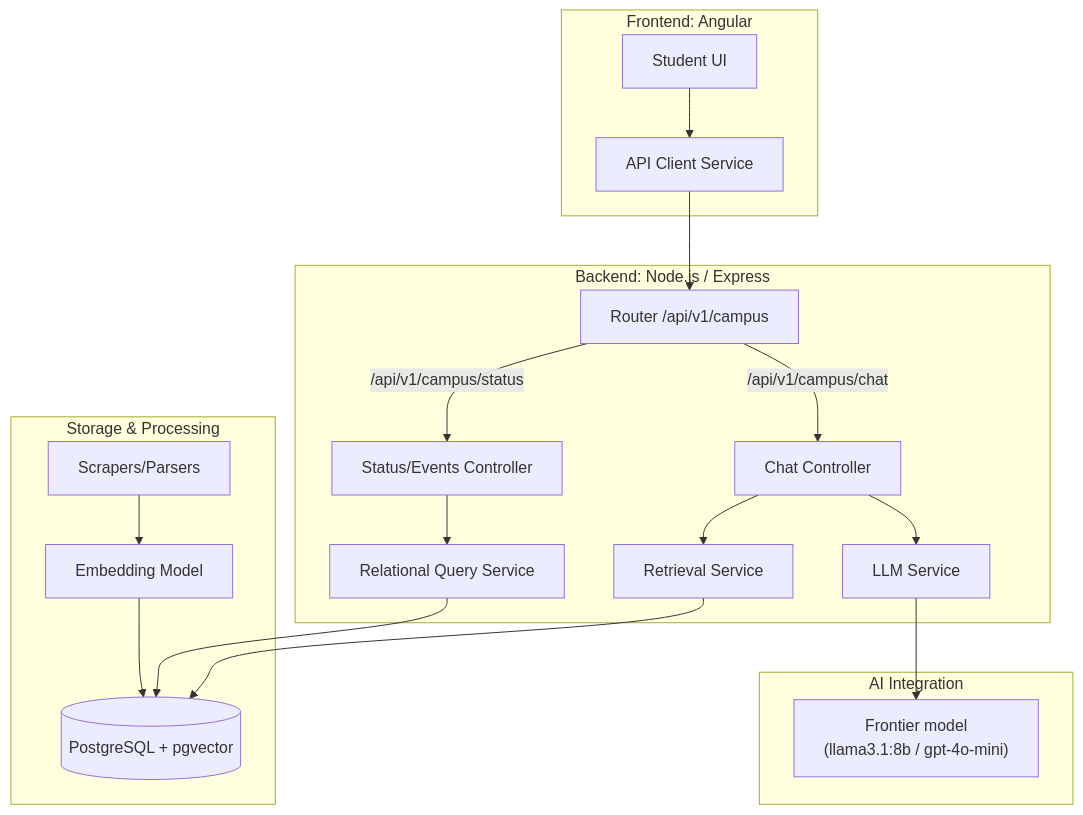
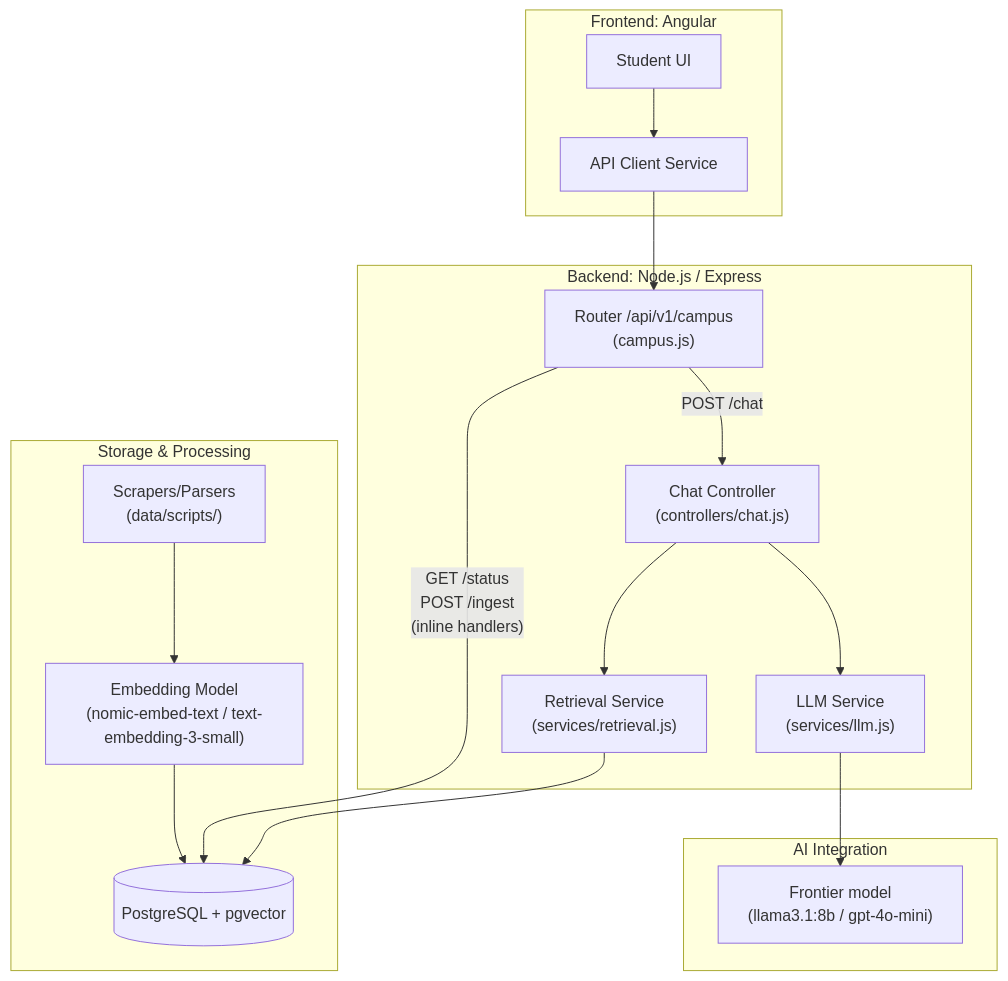
Before and after one commit to MaristGormanly/maple-m3: the diagram in docs/architecture-diagram.md, drawn with Mermaid. The commit also changed other lines of this file and 5 other files, not shown here.

````diff
--- a/docs/architecture-diagram.md
+++ b/docs/architecture-diagram.md
@@ -5,44 +5,39 @@
 ```mermaid
 graph TD
     subgraph Frontend ["Frontend: Angular"]
         UI["Student UI"]
         APIClient["API Client Service"]
     end
 
     subgraph Backend ["Backend: Node.js / Express"]
-        Router["Router /api/v1/campus"]
-        ChatCtl["Chat Controller"]
-        StatusCtl["Status/Events Controller"]
-        LLM["LLM Service"]
-        Retrieval["Retrieval Service"]
-        RelQuery["Relational Query Service"]
+        Router["Router /api/v1/campus\n(campus.js)"]
+        ChatCtl["Chat Controller\n(controllers/chat.js)"]
+        LLM["LLM Service\n(services/llm.js)"]
+        Retrieval["Retrieval Service\n(services/retrieval.js)"]
     end
 
     subgraph Storage ["Storage & Processing"]
-        Scrapers["Scrapers/Parsers"]
-        Embed["Embedding Model"]
+        Scrapers["Scrapers/Parsers\n(data/scripts/)"]
+        Embed["Embedding Model\n(nomic-embed-text / text-embedding-3-small)"]
         DB[("PostgreSQL + pgvector")]
     end
 
     subgraph AI ["AI Integration"]
         Frontier["Frontier model<br/>(llama3.1:8b / gpt-4o-mini)"]
     end
 
     UI --> APIClient
     APIClient --> Router
 
-    Router -->|/api/v1/campus/chat| ChatCtl
-    Router -->|/api/v1/campus/status| StatusCtl
+    Router -->|"POST /chat"| ChatCtl
+    Router -->|"GET /status\nPOST /ingest\n(inline handlers)"| DB
 
     ChatCtl --> LLM
     ChatCtl --> Retrieval
 
-    StatusCtl --> RelQuery
-
     Retrieval --> DB
-    RelQuery --> DB
     Scrapers --> Embed
     Embed --> DB
 
     LLM --> Frontier
 ```
````
